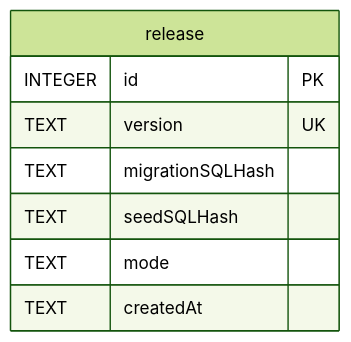
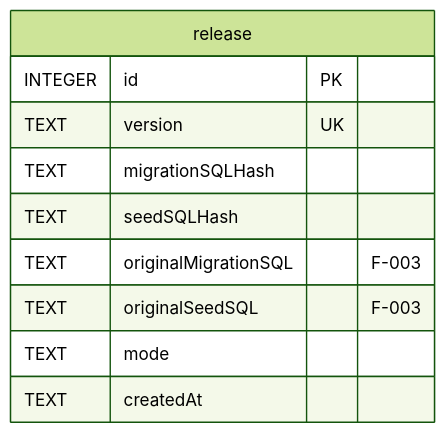
One commit to wuchuheng/web-sqlite-js changed the first of 8 diagrams in agent-docs/05-design/02-schema/01-database.md. Above: the diagram before and after it, drawn with Mermaid (forest theme). The commit also changed other lines of this file and 52 other files, not shown here.

````diff
--- a/agent-docs/05-design/02-schema/01-database.md
+++ b/agent-docs/05-design/02-schema/01-database.md
@@ -95,11 +123,13 @@
 ```mermaid
 erDiagram
     release {
         INTEGER id PK
         TEXT version UK
         TEXT migrationSQLHash
         TEXT seedSQLHash
+        TEXT originalMigrationSQL "F-003"
+        TEXT originalSeedSQL "F-003"
         TEXT mode
         TEXT createdAt
     }
 ```
````
